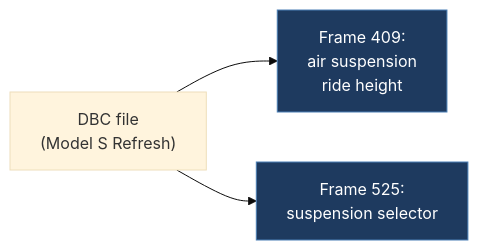
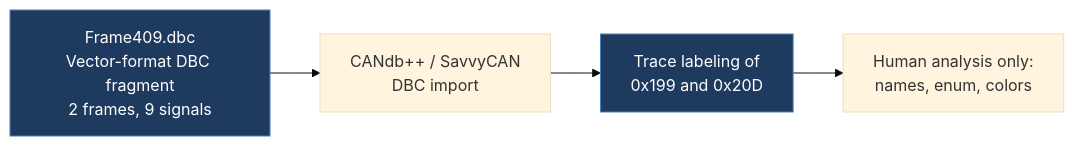
The diagram in docs/legacy/mcirish-TeslaModelS_RefreshCAN.dbc.md (babico/TeslaCANModder), drawn with Mermaid (base theme) before and after one commit. The commit also changed other lines of this file and 99 other files, not shown here.

````diff
--- a/docs/legacy/mcirish-TeslaModelS_RefreshCAN.dbc.md
+++ b/docs/legacy/mcirish-TeslaModelS_RefreshCAN.dbc.md
@@ -19,7 +66,8 @@
 ```mermaid
 flowchart LR
-    DBC["DBC file<br/>(Model S Refresh)"] --> F409["Frame 409:<br/>air suspension<br/>ride height"]
-    DBC --> F525["Frame 525:<br/>suspension selector"]
-    classDef note fill:#1e3a5f,stroke:#4a7fb5,color:#fff
-    class F409,F525 note
+    Artifact["Frame409.dbc<br/>Vector-format DBC fragment<br/>2 frames, 9 signals"] --> Import["CANdb++ / SavvyCAN<br/>DBC import"]
+    Import --> Decode["Trace labeling of<br/>0x199 and 0x20D"]
+    Decode --> Human["Human analysis only:<br/>names, enum, colors"]
+    classDef data fill:#1e3a5f,stroke:#4a7fb5,color:#fff
+    class Artifact,Decode data
 ```
````
